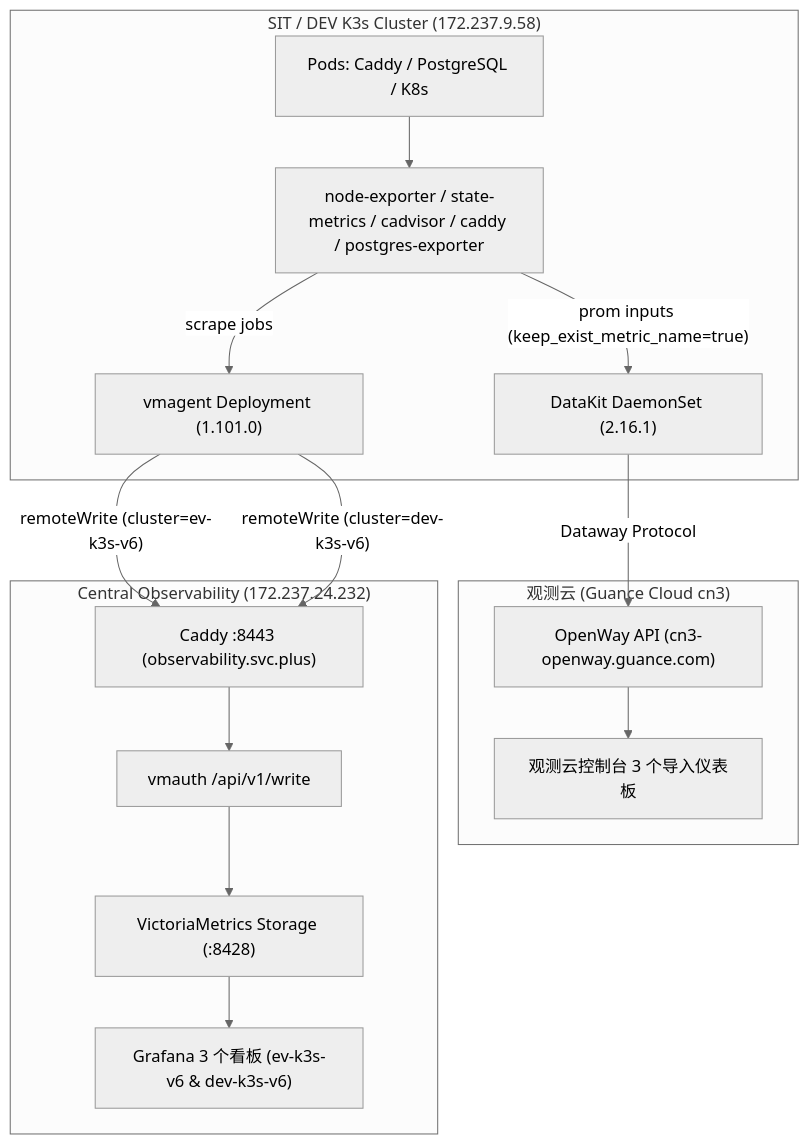
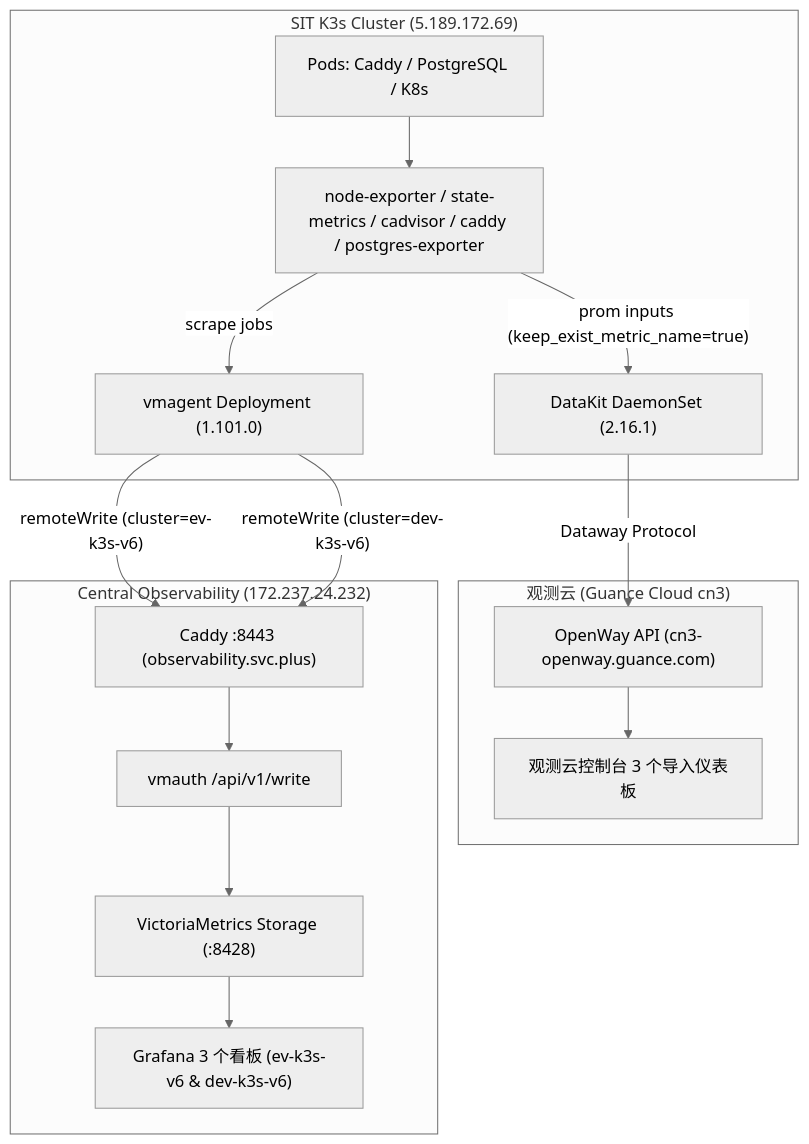
One commit to ai-workspace-infra/gitops changed the diagram in services/sit-k3s-v6/observability-sit/guance-dashboards/README.md. Above: the diagram before and after it, drawn with Mermaid (neutral theme). The commit also changed 3 other files, not shown here.

````diff
--- a/services/sit-k3s-v6/observability-sit/guance-dashboards/README.md
+++ b/services/sit-k3s-v6/observability-sit/guance-dashboards/README.md
@@ -46,31 +46,31 @@
 ```mermaid
 flowchart TD
-    subgraph K3s Cluster ["SIT / DEV K3s Cluster (172.237.9.58)"]
+    subgraph K3s Cluster ["SIT K3s Cluster (5.189.172.69)"]
         Workloads["Pods: Caddy / PostgreSQL / K8s"]
         Exporters["node-exporter / state-metrics / cadvisor / caddy / postgres-exporter"]
         DataKit["DataKit DaemonSet (2.16.1)"]
         VMAgent["vmagent Deployment (1.101.0)"]
     end
 
     subgraph GuanceCloud ["观测云 (Guance Cloud cn3)"]
         Dataway["OpenWay API (cn3-openway.guance.com)"]
         GuanceConsole["观测云控制台 3 个导入仪表板"]
     end
 
     subgraph ObservabilityProd ["Central Observability (172.237.24.232)"]
         CaddyIngress["Caddy :8443 (observability.svc.plus)"]
         VMAuth["vmauth /api/v1/write"]
         VictoriaMetrics["VictoriaMetrics Storage (:8428)"]
         Grafana["Grafana 3 个看板 (ev-k3s-v6 & dev-k3s-v6)"]
     end
 
     Workloads --> Exporters
     Exporters -->|"prom inputs (keep_exist_metric_name=true)"| DataKit
     DataKit -->|"Dataway Protocol"| Dataway
     Dataway --> GuanceConsole
 
     Exporters -->|"scrape jobs"| VMAgent
     VMAgent -->|"remoteWrite (cluster=ev-k3s-v6)"| CaddyIngress
     VMAgent -->|"remoteWrite (cluster=dev-k3s-v6)"| CaddyIngress
     CaddyIngress --> VMAuth --> VictoriaMetrics --> Grafana
 ```
````
